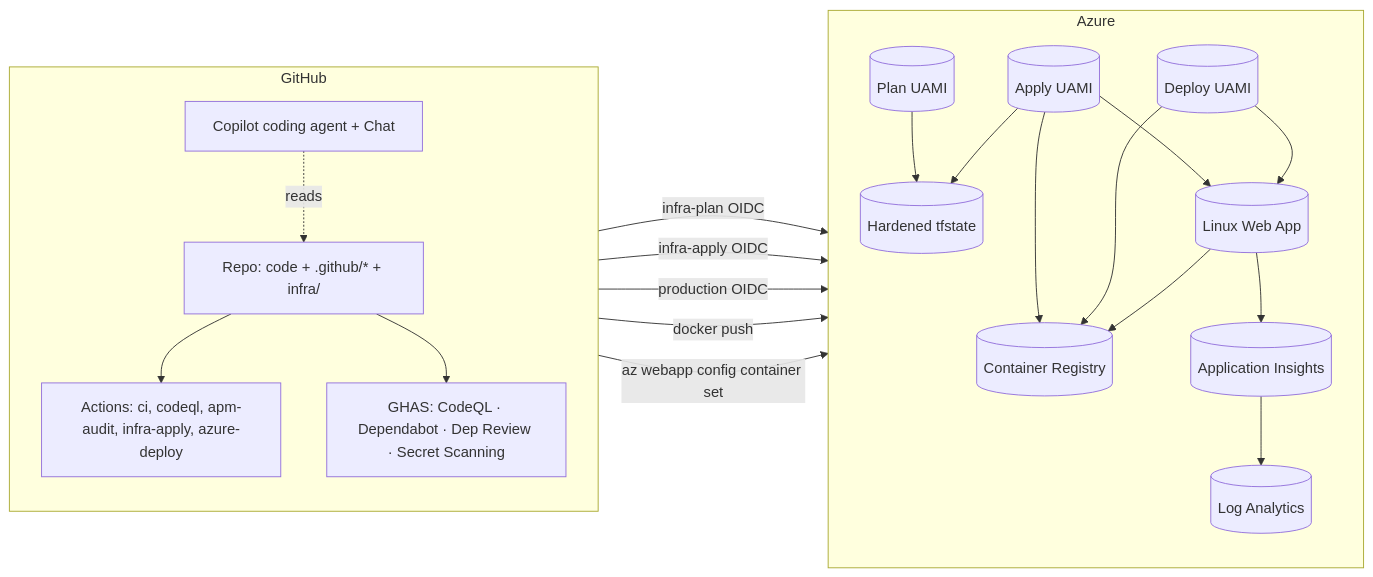
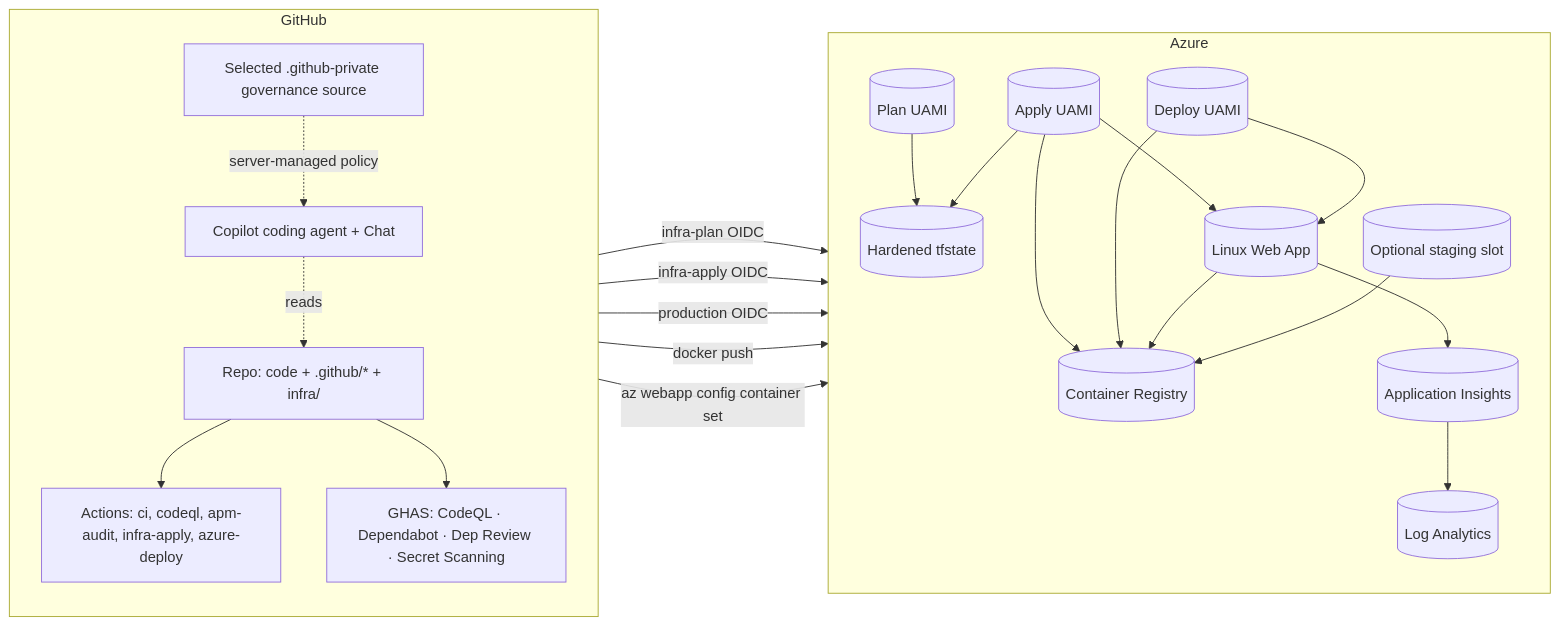
The diagram in docs/architecture.md (VeVarunSharma/github-agentic-sdlc-starter-pack), drawn with Mermaid before and after one commit. The commit also changed other lines of this file and 169 other files, not shown here.

````diff
--- a/docs/architecture.md
+++ b/docs/architecture.md
@@ -10,38 +10,42 @@
 ```mermaid
 flowchart LR
   subgraph GitHub["GitHub"]
     direction TB
+    Governance[Selected .github-private governance source]
     Repo[Repo: code + .github/* + infra/]
     Actions[Actions: ci, codeql, apm-audit, infra-apply, azure-deploy]
     GHAS[GHAS: CodeQL · Dependabot · Dep Review · Secret Scanning]
     Copilot[Copilot coding agent + Chat]
+    Governance -.server-managed policy.-> Copilot
     Repo --> Actions
     Repo --> GHAS
     Copilot -.reads.-> Repo
   end
   subgraph Azure["Azure"]
     direction TB
     PlanID[(Plan UAMI)]
     ApplyID[(Apply UAMI)]
     DeployID[(Deploy UAMI)]
     State[(Hardened tfstate)]
     ACR[(Container Registry)]
     App[(Linux Web App)]
+    Slot[(Optional staging slot)]
     LAW[(Log Analytics)]
     AppI[(Application Insights)]
     PlanID --> State
     ApplyID --> State
     ApplyID --> ACR
     ApplyID --> App
     DeployID --> ACR
     DeployID --> App
     App --> ACR
+    Slot --> ACR
     App --> AppI
     AppI --> LAW
   end
   Actions -- infra-plan OIDC --> PlanID
   Actions -- infra-apply OIDC --> ApplyID
   Actions -- production OIDC --> DeployID
   Actions -- docker push --> ACR
   Actions -- az webapp config container set --> App
 ```
````
